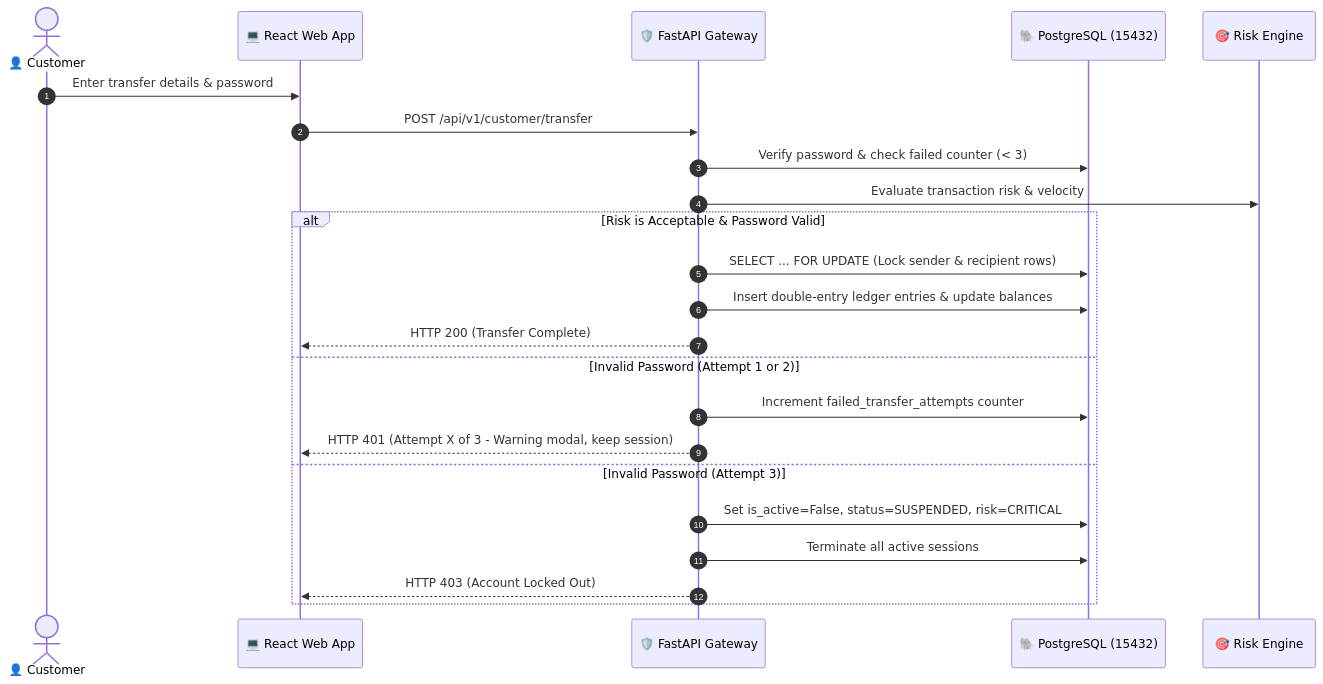
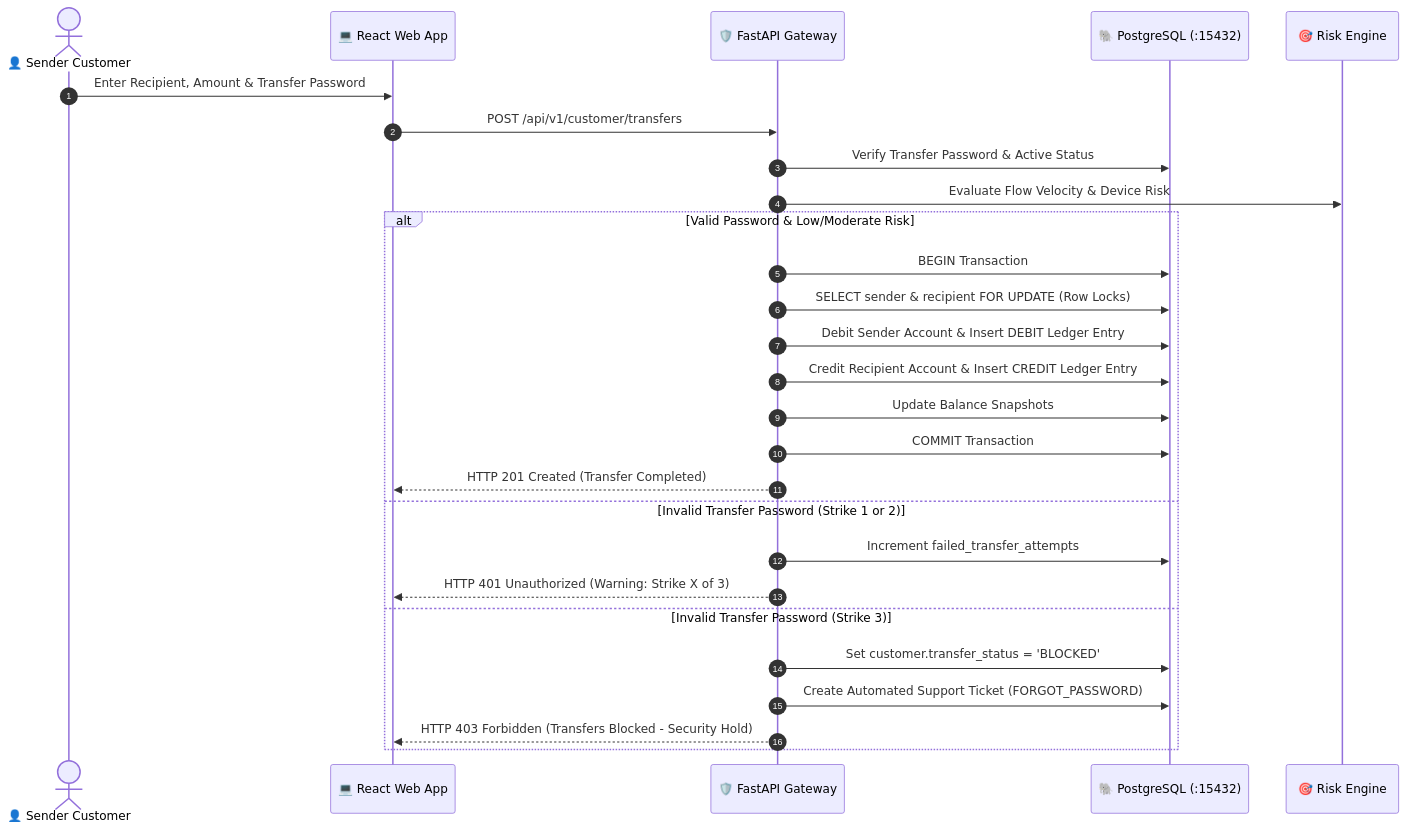
The second of 3 diagrams in README.md (Nermeen-Moussa/Omerta.ai), drawn with Mermaid before and after one commit. The commit also changed other lines of this file and 27 other files, not shown here.

Commit message:
docs: update README and add comprehensive SYSTEM_SUMMARY with architecture diagrams

````diff
--- a/README.md
+++ b/README.md
@@ -108,26 +111,30 @@
 ```mermaid
 sequenceDiagram
     autonumber
-    actor Customer as 👤 Customer
-    participant Frontend as 💻 React Web App
+    actor Sender as 👤 Sender Customer
+    participant UI as 💻 React Web App
     participant API as 🛡️ FastAPI Gateway
-    participant DB as 🐘 PostgreSQL (15432)
+    participant DB as 🐘 PostgreSQL (:15432)
     participant Risk as 🎯 Risk Engine
 
-    Customer->>Frontend: Enter transfer details & password
-    Frontend->>API: POST /api/v1/customer/transfer
-    API->>DB: Verify password & check failed counter (< 3)
-    API->>Risk: Evaluate transaction risk & velocity
-    alt Risk is Acceptable & Password Valid
-        API->>DB: SELECT ... FOR UPDATE (Lock sender & recipient rows)
-        API->>DB: Insert double-entry ledger entries & update balances
-        API-->>Frontend: HTTP 200 (Transfer Complete)
-    else Invalid Password (Attempt 1 or 2)
-        API->>DB: Increment failed_transfer_attempts counter
-        API-->>Frontend: HTTP 401 (Attempt X of 3 - Warning modal, keep session)
-    else Invalid Password (Attempt 3)
-        API->>DB: Set is_active=False, status=SUSPENDED, risk=CRITICAL
-        API->>DB: Terminate all active sessions
-        API-->>Frontend: HTTP 403 (Account Locked Out)
+    Sender->>UI: Enter Recipient, Amount & Transfer Password
+    UI->>API: POST /api/v1/customer/transfers
+    API->>DB: Verify Transfer Password & Active Status
+    API->>Risk: Evaluate Flow Velocity & Device Risk
+    alt Valid Password & Low/Moderate Risk
+        API->>DB: BEGIN Transaction
+        API->>DB: SELECT sender & recipient FOR UPDATE (Row Locks)
+        API->>DB: Debit Sender Account & Insert DEBIT Ledger Entry
+        API->>DB: Credit Recipient Account & Insert CREDIT Ledger Entry
+        API->>DB: Update Balance Snapshots
+        API->>DB: COMMIT Transaction
+        API-->>UI: HTTP 201 Created (Transfer Completed)
+    else Invalid Transfer Password (Strike 1 or 2)
+        API->>DB: Increment failed_transfer_attempts
+        API-->>UI: HTTP 401 Unauthorized (Warning: Strike X of 3)
+    else Invalid Transfer Password (Strike 3)
+        API->>DB: Set customer.transfer_status = 'BLOCKED'
+        API->>DB: Create Automated Support Ticket (FORGOT_PASSWORD)
+        API-->>UI: HTTP 403 Forbidden (Transfers Blocked - Security Hold)
     end
 ```
````
